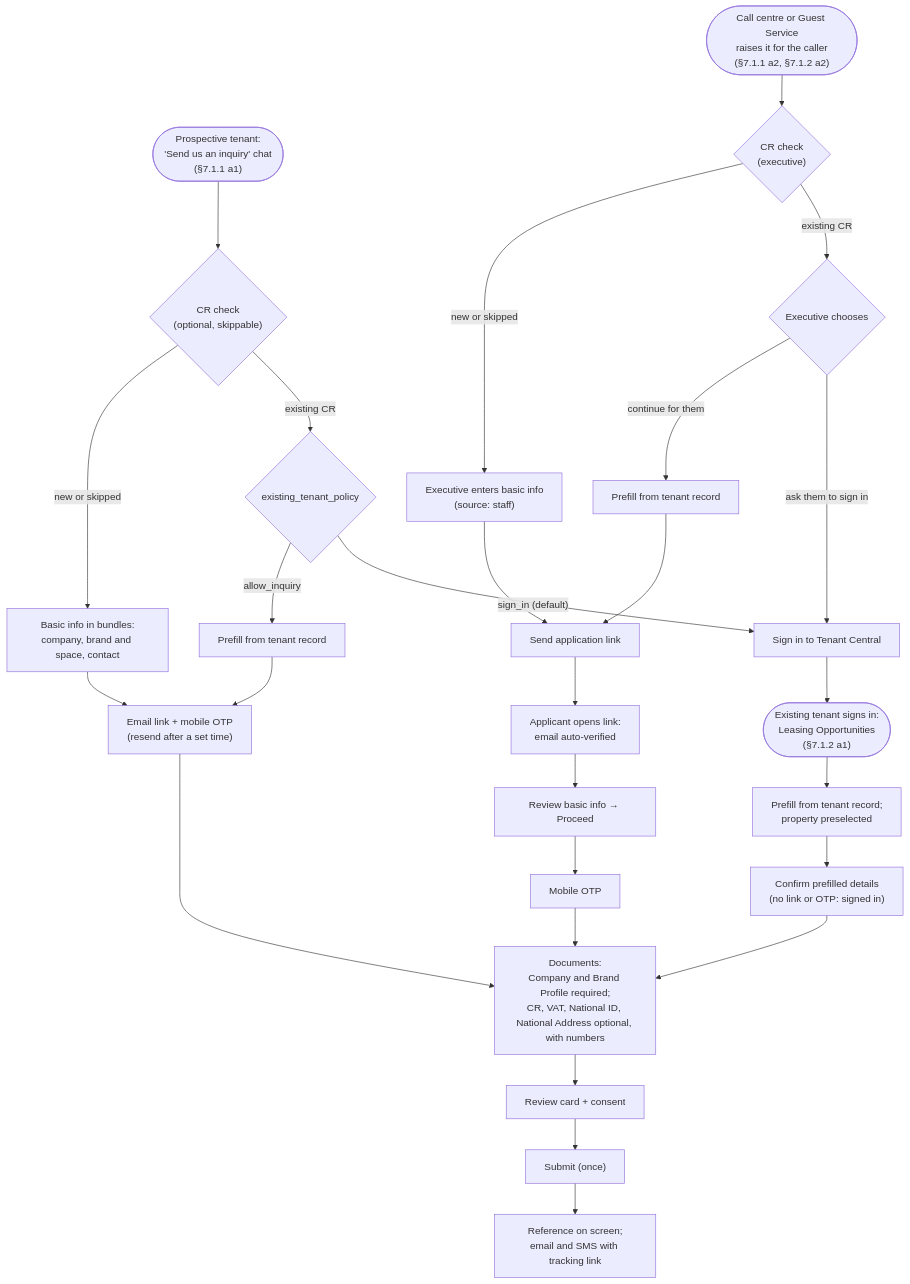
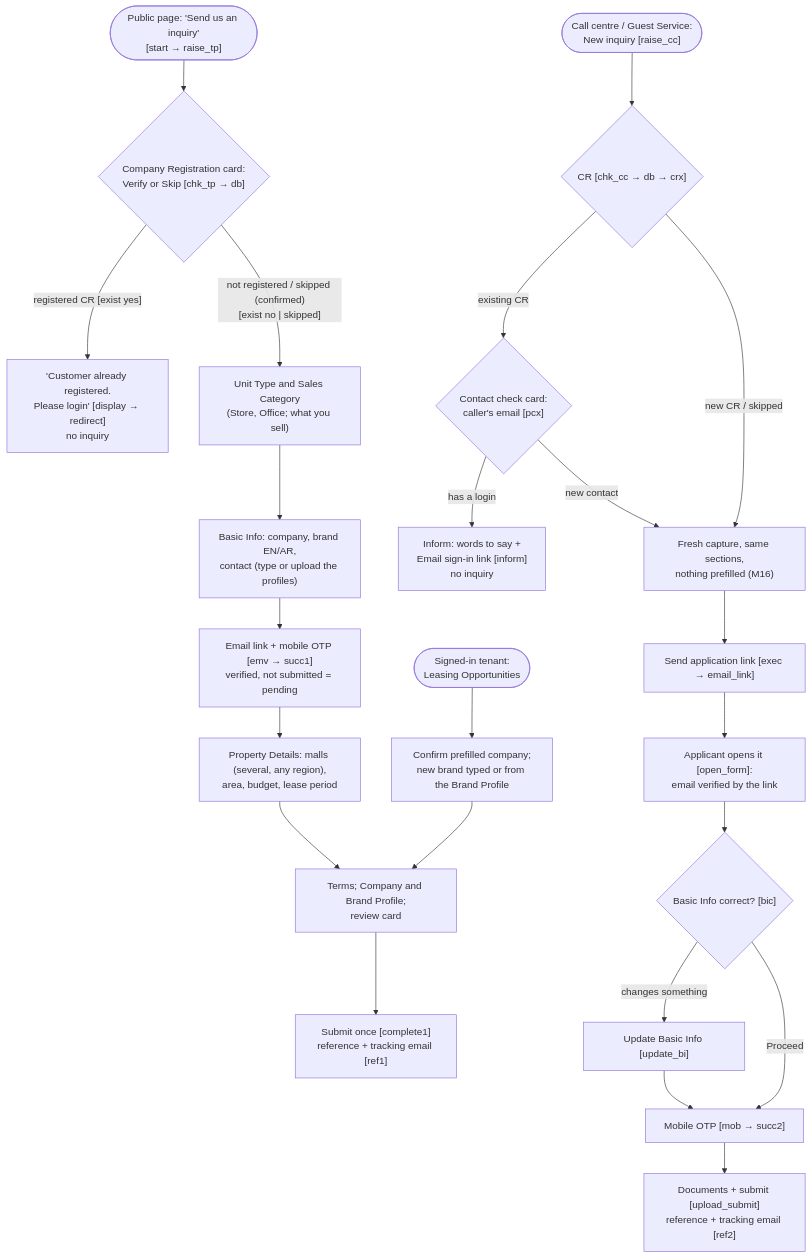
Before and after one commit to swa01wk/send-inquiry-agent: the first of 4 diagrams in docs/POC-LIFECYCLE.md, drawn with Mermaid. The commit also changed other lines of this file and 1 other file, not shown here.

First line of the commit message:
docs(flow-v2): POC-LIFECYCLE §2 redrawn to the v2 chart; STATUS flow v2 rows and layer table

````diff
--- a/docs/POC-LIFECYCLE.md
+++ b/docs/POC-LIFECYCLE.md
@@ -32,30 +34,29 @@
 ```mermaid
 flowchart TD
-  A1(["Prospective tenant:<br/>'Send us an inquiry' chat<br/>(§7.1.1 a1)"])
-  A2(["Call centre or Guest Service<br/>raises it for the caller<br/>(§7.1.1 a2, §7.1.2 a2)"])
-  A3(["Existing tenant signs in:<br/>Leasing Opportunities<br/>(§7.1.2 a1)"])
+  P(["Public page: 'Send us an inquiry'<br/>[start → raise_tp]"])
+  C(["Call centre / Guest Service:<br/>New inquiry [raise_cc]"])
+  T(["Signed-in tenant:<br/>Leasing Opportunities"])
 
-  A1 --> CR{"CR check<br/>(optional, skippable)"}
-  A2 --> CRS{"CR check<br/>(executive)"}
-  A3 --> PF["Prefill from tenant record;<br/>property preselected"]
+  P --> CRC{"Company Registration card:<br/>Verify or Skip [chk_tp → db]"}
+  CRC -- "registered CR [exist yes]" --> SIGN["'Customer already registered.<br/>Please login' [display → redirect]<br/>no inquiry"]
+  CRC -- "not registered / skipped (confirmed)<br/>[exist no | skipped]" --> UC["Unit Type and Sales Category<br/>(Store, Office; what you sell)"]
+  UC --> BI["Basic Info: company, brand EN/AR,<br/>contact (type or upload the profiles)"]
+  BI --> V["Email link + mobile OTP [emv → succ1]<br/>verified, not submitted = pending"]
+  V --> PD["Property Details: malls (several, any region),<br/>area, budget, lease period"]
+  PD --> TD["Terms; Company and Brand Profile;<br/>review card"]
+  TD --> S1["Submit once [complete1]<br/>reference + tracking email [ref1]"]
 
-  CR -- "existing CR" --> POL{"existing_tenant_policy"}
-  POL -- "sign_in (default)" --> SIGN["Sign in to Tenant Central"] --> A3
-  POL -- "allow_inquiry" --> PF2["Prefill from tenant record"] --> LINKV
-  CR -- "new or skipped" --> BI["Basic info in bundles:<br/>company, brand and space, contact"]
+  C --> CCR{"CR [chk_cc → db → crx]"}
+  CCR -- "existing CR" --> PCX{"Contact check card:<br/>caller's email [pcx]"}
+  PCX -- "has a login" --> INF["Inform: words to say +<br/>Email sign-in link [inform]<br/>no inquiry"]
+  PCX -- "new contact" --> FRESH["Fresh capture, same sections,<br/>nothing prefilled (M16)"]
+  CCR -- "new CR / skipped" --> FRESH
+  FRESH --> EXEC["Send application link [exec → email_link]"]
+  EXEC --> OPEN["Applicant opens it [open_form]:<br/>email verified by the link"]
+  OPEN --> BIC{"Basic Info correct? [bic]"}
+  BIC -- "changes something" --> UBI["Update Basic Info [update_bi]"] --> MOB
+  BIC -- "Proceed" --> MOB["Mobile OTP [mob → succ2]"]
+  MOB --> S2["Documents + submit [upload_submit]<br/>reference + tracking email [ref2]"]
 
-  CRS -- "existing CR" --> CH{"Executive chooses"}
-  CH -- "ask them to sign in" --> SIGN
-  CH -- "continue for them" --> PF3["Prefill from tenant record"] --> SL
-  CRS -- "new or skipped" --> BIS["Executive enters basic info<br/>(source: staff)"] --> SL["Send application link"]
-  SL --> LINK["Applicant opens link:<br/>email auto-verified"] --> PROC["Review basic info → Proceed"] --> OTP
-
-  BI --> LINKV["Email link + mobile OTP<br/>(resend after a set time)"]
-  LINKV --> DOCS
-  OTP["Mobile OTP"] --> DOCS
-  PF --> CONF["Confirm prefilled details<br/>(no link or OTP: signed in)"] --> DOCS
-
-  DOCS["Documents:<br/>Company and Brand Profile required;<br/>CR, VAT, National ID, National Address optional, with numbers"]
-  DOCS --> REV["Review card + consent"] --> SUB["Submit (once)"]
-  SUB --> REF["Reference on screen;<br/>email and SMS with tracking link"]
+  T --> TC["Confirm prefilled company;<br/>new brand typed or from the Brand Profile"] --> TD
 ```
````
